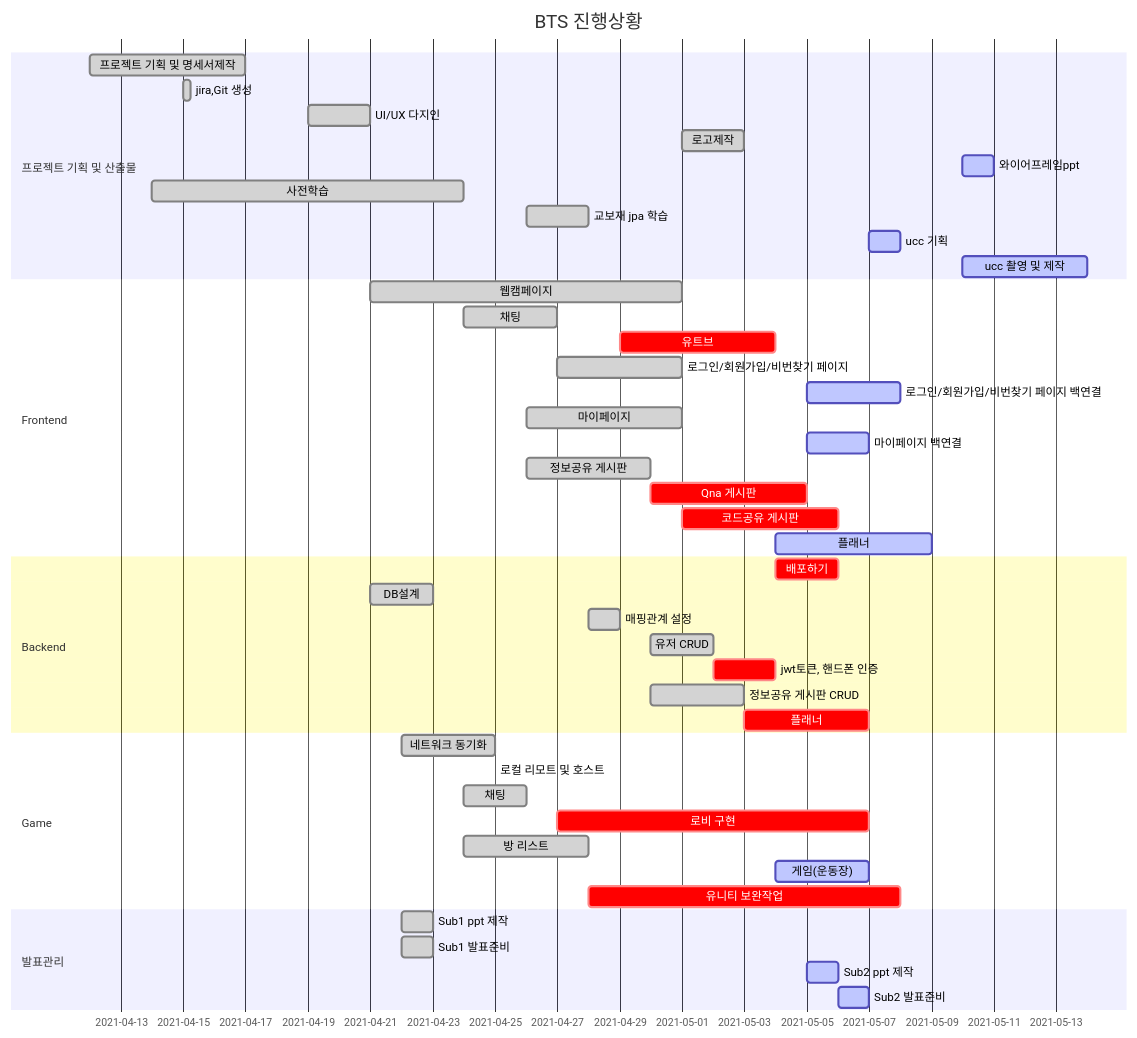
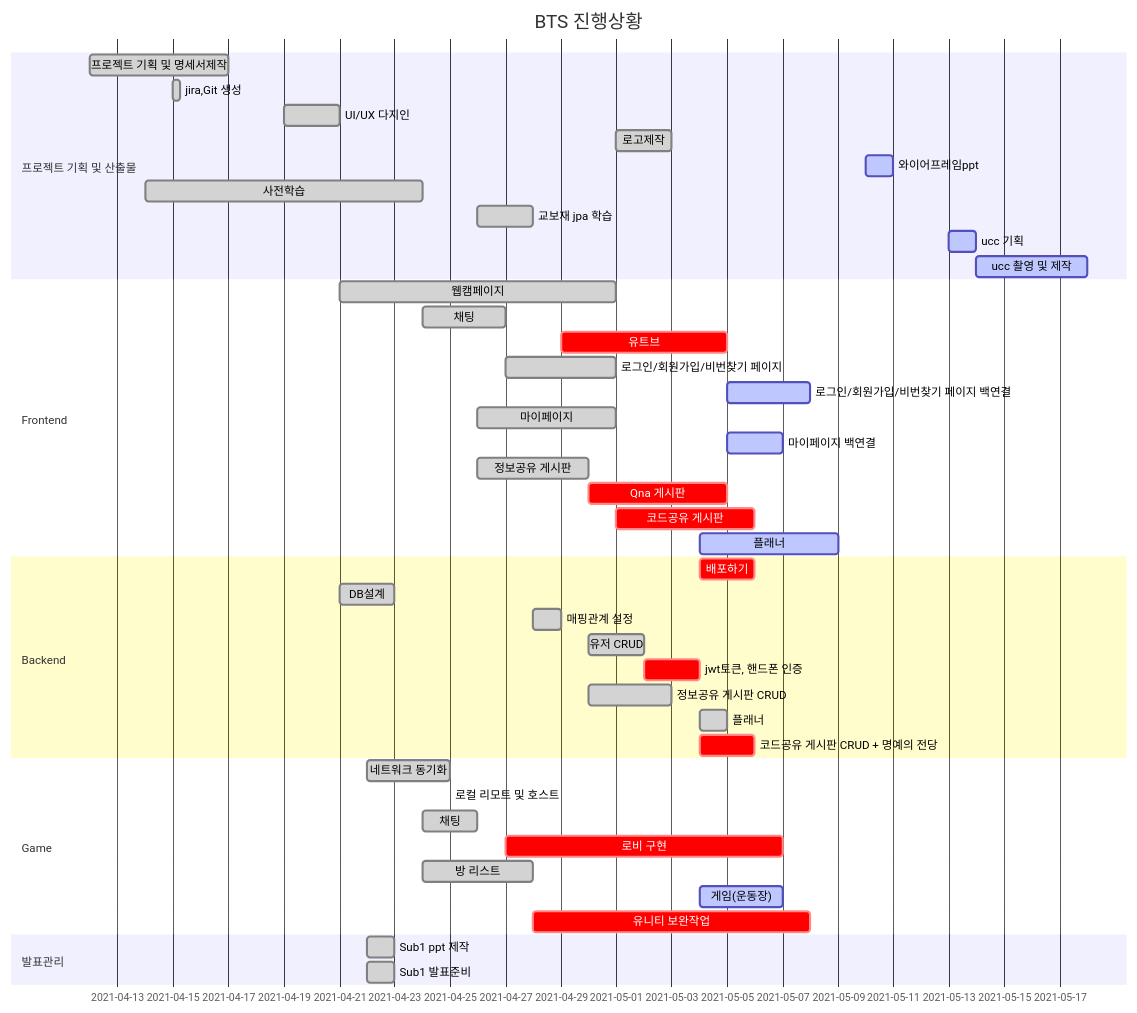
One commit to Luminousjiny/PJT_BTS changed the diagram in README.md. Above: the diagram before and after it, drawn with Mermaid. The commit also changed 14 other files, not shown here.

````diff
--- a/README.md
+++ b/README.md
@@ -50,52 +50,51 @@
 ```mermaid
 gantt
     title BTS 진행상황
     dateFormat  YYYY-MM-DD
     section 프로젝트 기획 및 산출물
     프로젝트 기획 및 명세서제작 : done, 2021-04-12, 5d
     jira,Git 생성  :done, 2021-04-15, 6h
     UI/UX 다지인  : done,   2021-04-19, 2d
     로고제작 : done, 2021-05-01, 2d
     와이어프레임ppt : active, 2021-05-10, 1d
     사전학습  : done, 2021-04-14, 10d
     교보재 jpa 학습 : done, 2021-04-26, 2d
-    ucc 기획 : active, 2021-05-07, 1d
-    ucc 촬영 및 제작 : active, 2021-05-10, 4d
+    ucc 기획 : active, 2021-05-13, 1d
+    ucc 촬영 및 제작 : active, 2021-05-14, 4d
 
     section Frontend
     웹캠페이지 : done, 2021-04-21, 10d
     채팅 : done, 2021-04-24, 3d
-    유트브 : crit, 2021-04-29, 5d
+    유트브 : crit, 2021-04-29, 6d
     로그인/회원가입/비번찾기 페이지 : done, 2021-04-27, 4d
     로그인/회원가입/비번찾기 페이지 백연결 : active, 2021-05-05, 3d
     마이페이지 : done, 2021-04-26, 5d
     마이페이지 백연결 : active, 2021-05-05, 2d
     정보공유 게시판 : done, 2021-04-26, 4d
     Qna 게시판 : crit, 2021-04-30, 5d
     코드공유 게시판 : crit, 2021-05-01, 5d
     플래너 : active, 2021-05-04, 5d
     
     section Backend
     배포하기 : crit, 2021-05-04, 2d
     DB설계 : done, 2021-04-21, 2d
     매핑관계 설정 : done, 2021-04-28, 1d
     유저 CRUD : done, 2021-04-30, 2d
     jwt토큰, 핸드폰 인증 : crit, 2021-05-02,2d 
     정보공유 게시판 CRUD : done, 2021-04-30, 3d
-    플래너 : crit, 2021-05-03, 4d
+    플래너 : done, 2021-05-04, 1d
+    코드공유 게시판 CRUD + 명예의 전당 : crit, 2021-05-04, 2d 
     
     section Game
 	네트워크 동기화 : done, 2021-04-22, 3d
 	로컬 리모트 및 호스트 : done, 2021-04-23 1d
 	채팅 : done, 2021-04-24, 2d
 	로비 구현 : crit, 2021-04-27, 10d
     방 리스트 : done, 2021-04-24, 4d
     게임(운동장) : active, 2021-05-04,3d
     유니티 보완작업 : crit, 2021-04-28, 10d
     
     section 발표관리
     Sub1 ppt 제작 : done, 2021-04-22, 1d
     Sub1 발표준비 : done, 2021-04-22, 1d
-    Sub2 ppt 제작 : active, 2021-05-05, 1d
-    Sub2 발표준비 : active, 2021-05-06, 1d
 ```
````
